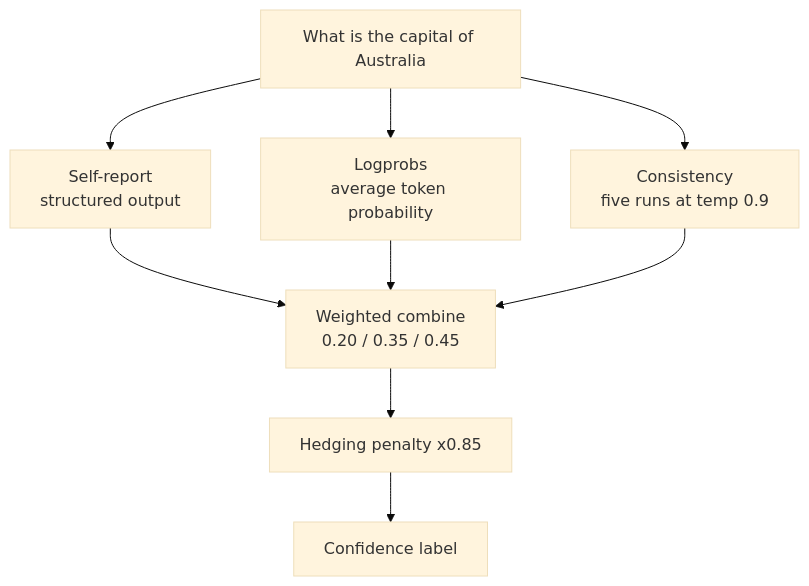
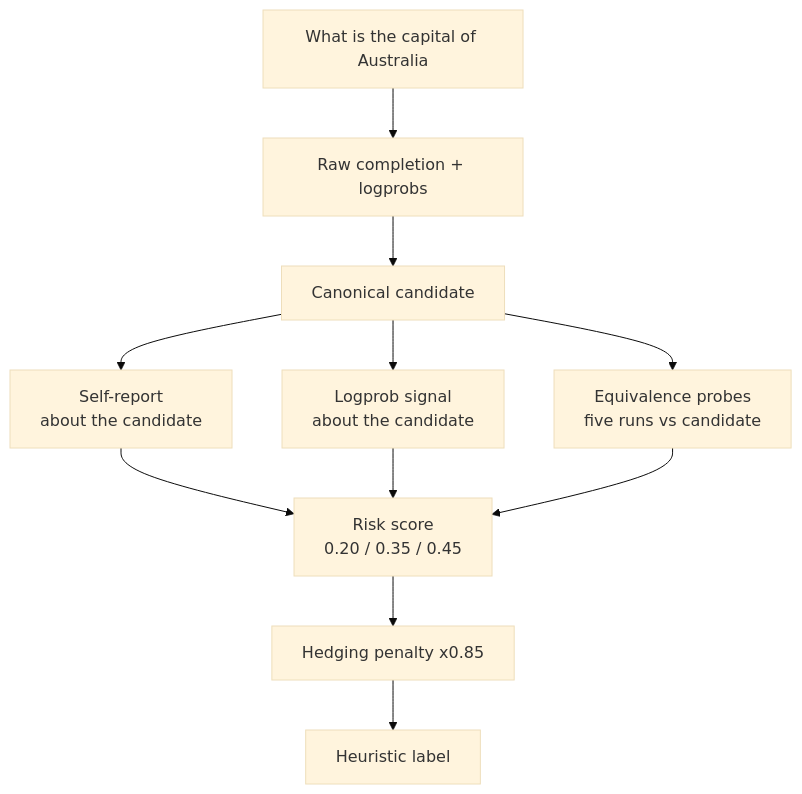
Before and after one commit to arst/agentic-patterns: the diagram in PatternExplorer/patterns/ConfidenceReporting.md, drawn with Mermaid (base theme). The commit also changed other lines of this file and 12 other files, not shown here.

First line of the commit message:
fix(confidence): score one canonical candidate and label the result a heuristic

````diff
--- a/PatternExplorer/patterns/ConfidenceReporting.md
+++ b/PatternExplorer/patterns/ConfidenceReporting.md
@@ -53,11 +70,13 @@
 ```mermaid
 flowchart TD
-    Q[What is the capital of Australia] --> S[Self-report<br/>structured output]
-    Q --> L[Logprobs<br/>average token probability]
-    Q --> C[Consistency<br/>five runs at temp 0.9]
-    S --> W[Weighted combine<br/>0.20 / 0.35 / 0.45]
+    Q[What is the capital of Australia] --> R[Raw completion + logprobs]
+    R --> Cand[Canonical candidate]
+    Cand --> L[Logprob signal<br/>about the candidate]
+    Cand --> S[Self-report<br/>about the candidate]
+    Cand --> E[Equivalence probes<br/>five runs vs candidate]
+    S --> W[Risk score<br/>0.20 / 0.35 / 0.45]
     L --> W
-    C --> W
+    E --> W
     W --> H[Hedging penalty x0.85]
-    H --> V[Confidence label]
+    H --> V[Heuristic label]
 ```
````
